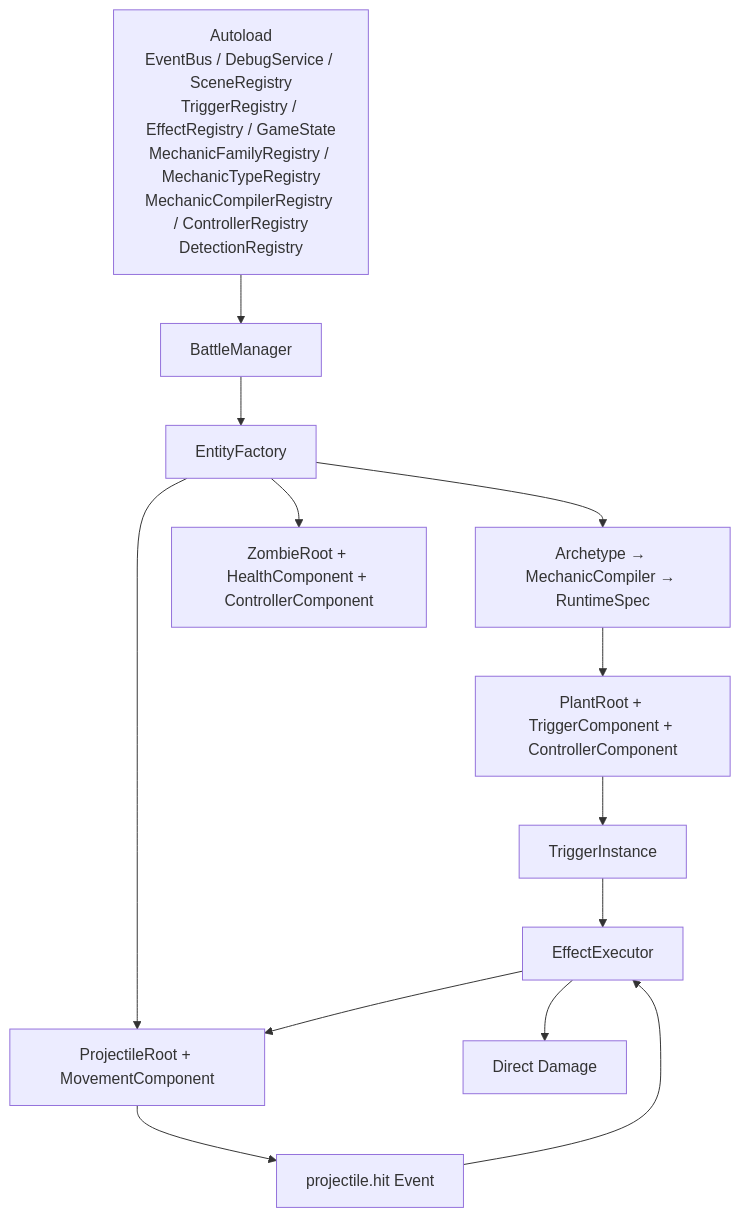
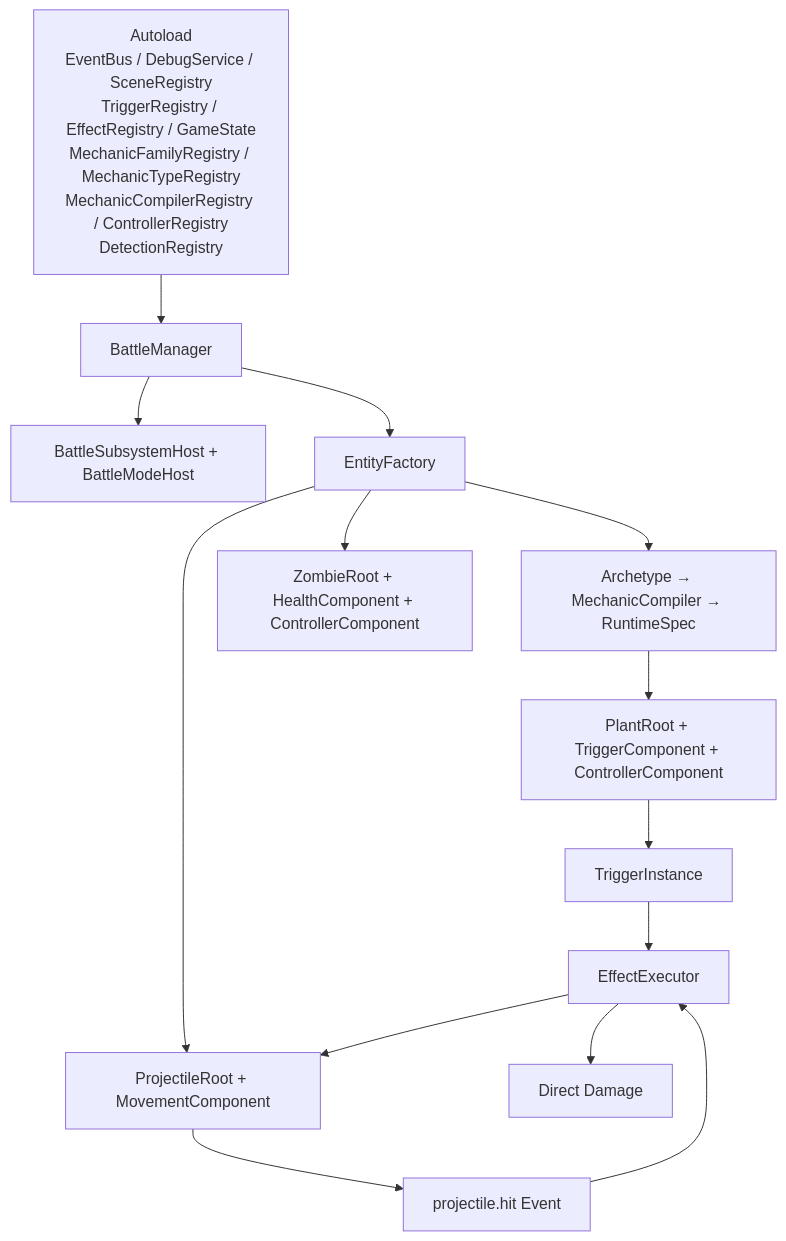
The second of 2 diagrams in wiki/01-overview/00-架构总览.md (Abgetrennter/open_pvz), drawn with Mermaid before and after one commit. The commit also changed other lines of this file and 26 other files, not shown here.

Commit message:
Update and archive battle mode documentation

````diff
--- a/wiki/01-overview/00-架构总览.md
+++ b/wiki/01-overview/00-架构总览.md
@@ -64,15 +70,16 @@
 ```mermaid
 graph TD
     A["Autoload<br/>EventBus / DebugService / SceneRegistry<br/>TriggerRegistry / EffectRegistry / GameState<br/>MechanicFamilyRegistry / MechanicTypeRegistry<br/>MechanicCompilerRegistry / ControllerRegistry<br/>DetectionRegistry"] --> B["BattleManager"]
+    B --> B1["BattleSubsystemHost + BattleModeHost"]
     B --> C["EntityFactory"]
     C --> D["Archetype → MechanicCompiler → RuntimeSpec"]
     D --> E["PlantRoot + TriggerComponent + ControllerComponent"]
     C --> F["ZombieRoot + HealthComponent + ControllerComponent"]
     C --> G["ProjectileRoot + MovementComponent"]
     E --> H["TriggerInstance"]
     H --> I["EffectExecutor"]
     I --> G
     I --> J["Direct Damage"]
     G --> K["projectile.hit Event"]
     K --> I
 ```
````
